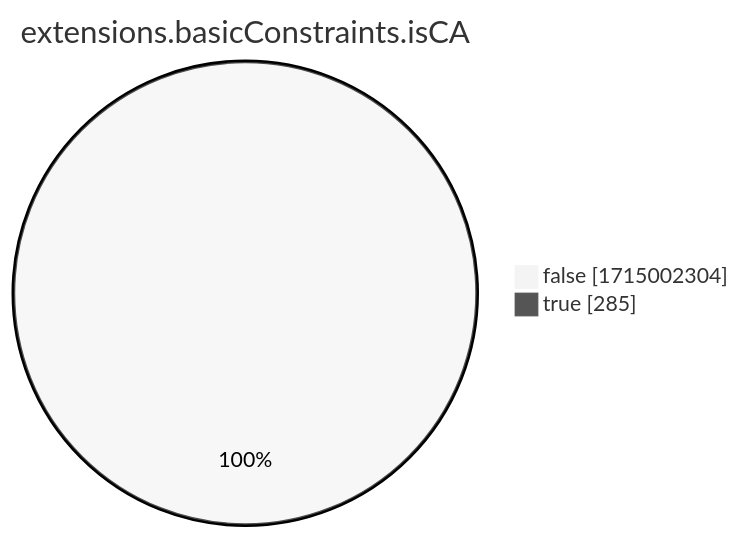
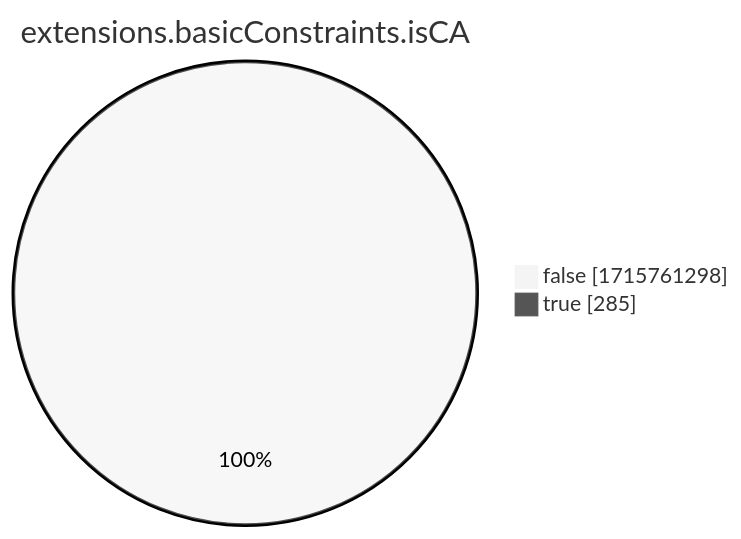
The eighth of 15 diagrams in xenon2022/README.md (christiankrug/ctmonitor_visualization), drawn with Mermaid (neutral theme) before and after one commit. The commit also changed other lines of this file, not shown here.

````diff
--- a/xenon2022/README.md
+++ b/xenon2022/README.md
@@ -2866,6 +2866,6 @@
 ```mermaid
 pie showData
 title extensions.basicConstraints.isCA
-"false" :1715002304
+"false" :1715761298
 "true" :285
 ```
````
